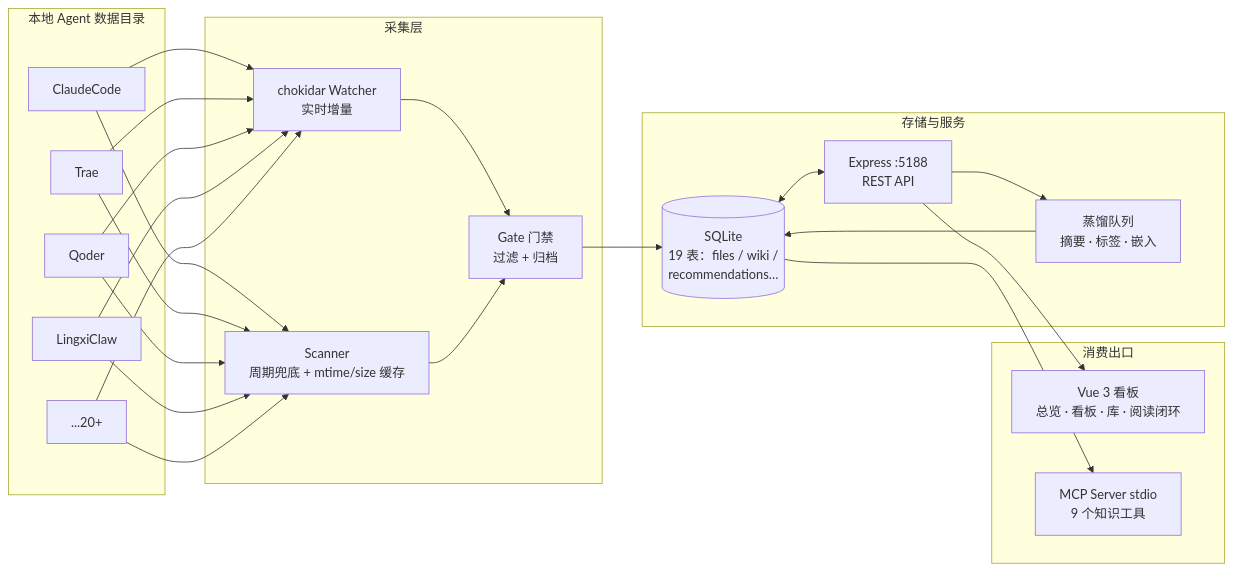
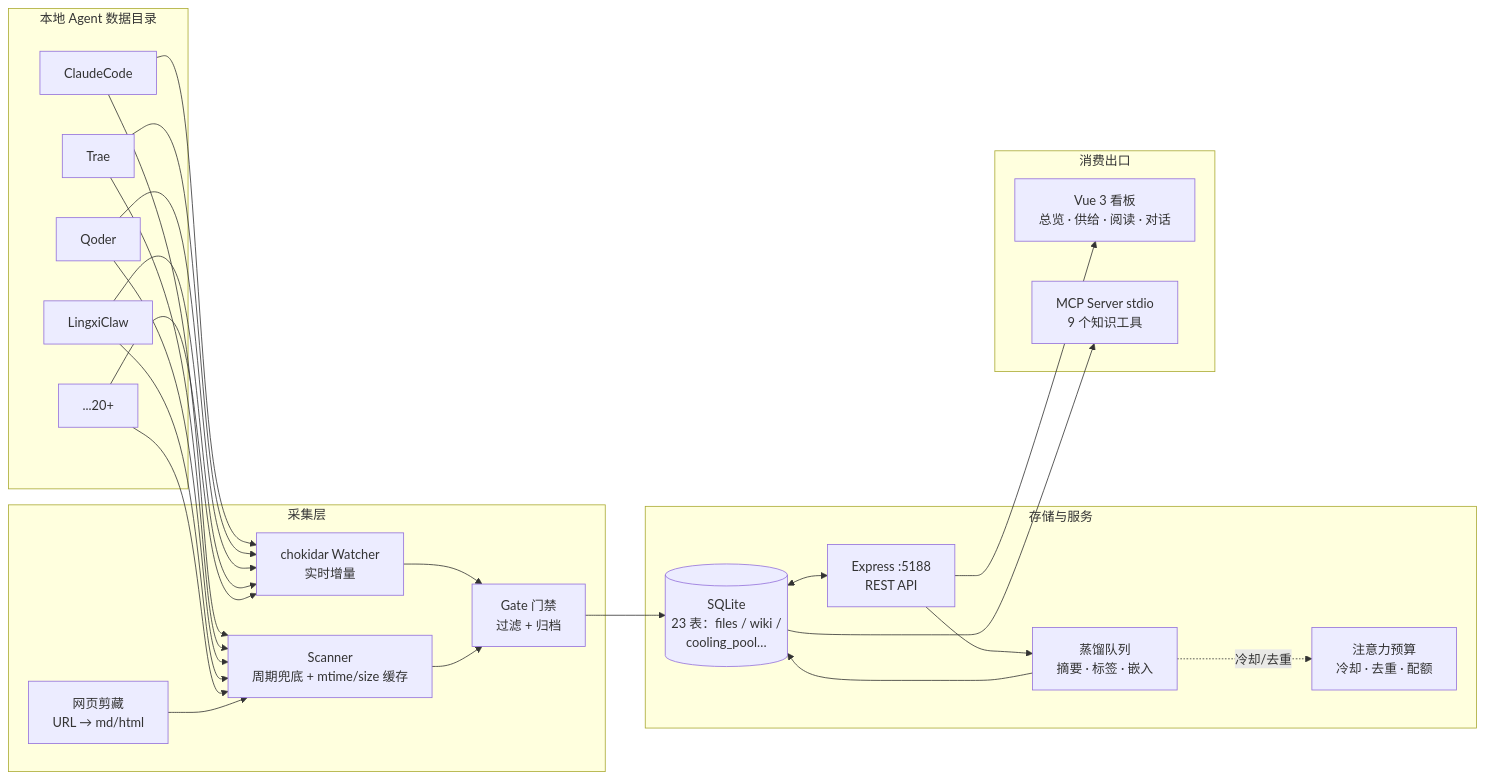
One commit to anyeduke11/AgentFeed changed the diagram in README.md. Above: the diagram before and after it, drawn with Mermaid. The commit also changed other lines of this file and 5 other files, not shown here.

````diff
--- a/README.md
+++ b/README.md
@@ -69,28 +74,32 @@
 ```mermaid
 flowchart LR
     subgraph 本地 Agent 数据目录
         A1[ClaudeCode] ; A2[Trae] ; A3[Qoder] ; A4[LingxiClaw] ; A5[...20+]
     end
     subgraph 采集层
-        W[chokidar Watcher<br/>实时增量] 
+        W[chokidar Watcher<br/>实时增量]
         S[Scanner<br/>周期兜底 + mtime/size 缓存]
+        CL[网页剪藏<br/>URL → md/html]
         G[Gate 门禁<br/>过滤 + 归档]
     end
     subgraph 存储与服务
-        DB[(SQLite<br/>19 表：files / wiki /<br/>recommendations…)]
+        DB[(SQLite<br/>23 表：files / wiki /<br/>cooling_pool…)]
         API[Express :5188<br/>REST API]
         LLM[蒸馏队列<br/>摘要 · 标签 · 嵌入]
+        ATT[注意力预算<br/>冷却 · 去重 · 配额]
     end
     subgraph 消费出口
-        WEB[Vue 3 看板<br/>总览 · 看板 · 库 · 阅读闭环]
+        WEB[Vue 3 看板<br/>总览 · 供给 · 阅读 · 对话]
         MCP[MCP Server stdio<br/>9 个知识工具]
     end
     A1 & A2 & A3 & A4 & A5 --> W
     A1 & A2 & A3 & A4 & A5 --> S
+    CL --> S
     W --> G --> DB
     S --> G
     DB <--> API
     API --> LLM --> DB
+    LLM -.冷却/去重.-> ATT
     API --> WEB
     DB --> MCP
 ```
````
